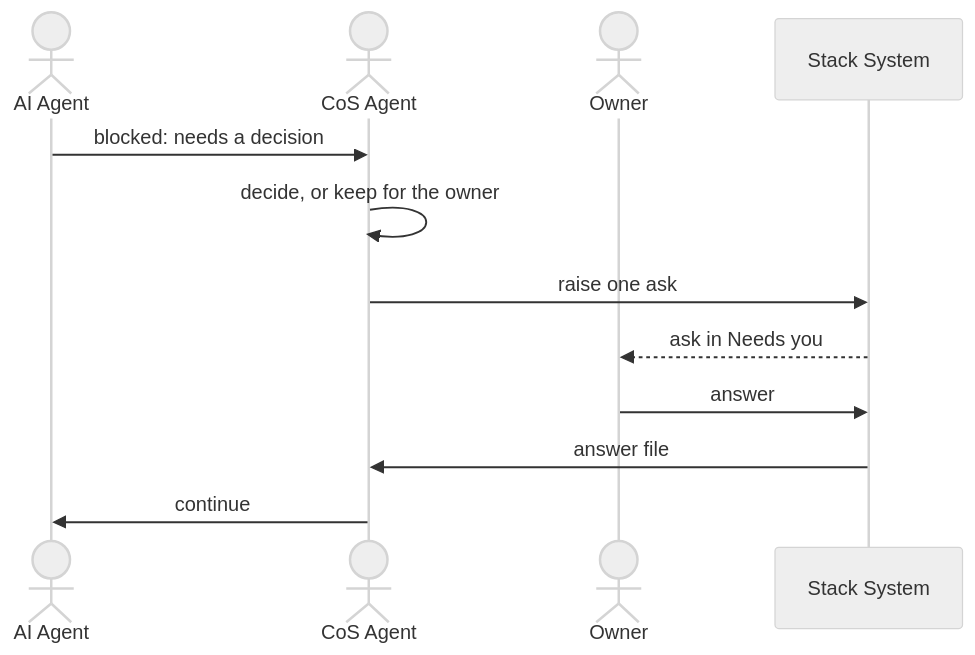
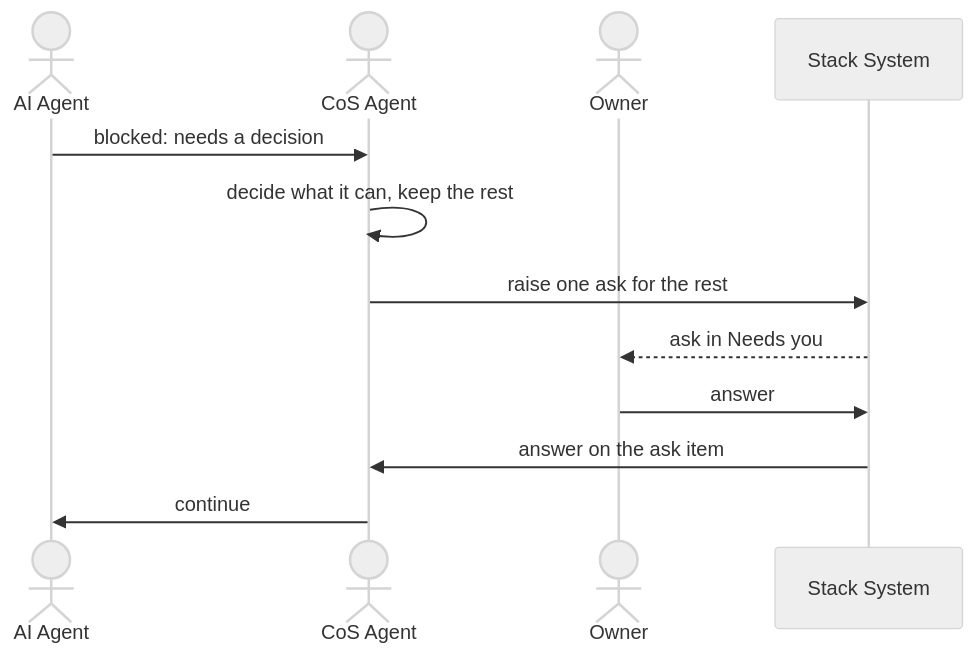
One commit to Xerilium/stack changed the fifth of 5 diagrams in .xe/customer-journey.md. Above: the diagram before and after it, drawn with Mermaid (neutral theme). The commit also changed other lines of this file and 1 other file, not shown here.

Commit message:
docs(product): Match journey steps to the built answer and wake flow

````diff
--- a/.xe/customer-journey.md
+++ b/.xe/customer-journey.md
@@ -71,14 +71,14 @@
 ```mermaid
 sequenceDiagram
     actor Worker as AI Agent
     actor CoS as CoS Agent
     actor Owner as Owner
     participant Stack as Stack System
     Worker->>CoS: blocked: needs a decision
-    CoS->>CoS: decide, or keep for the owner
-    CoS->>Stack: raise one ask
+    CoS->>CoS: decide what it can, keep the rest
+    CoS->>Stack: raise one ask for the rest
     Stack-->>Owner: ask in Needs you
     Owner->>Stack: answer
-    Stack->>CoS: answer file
+    Stack->>CoS: answer on the ask item
     CoS->>Worker: continue
 ```
````
